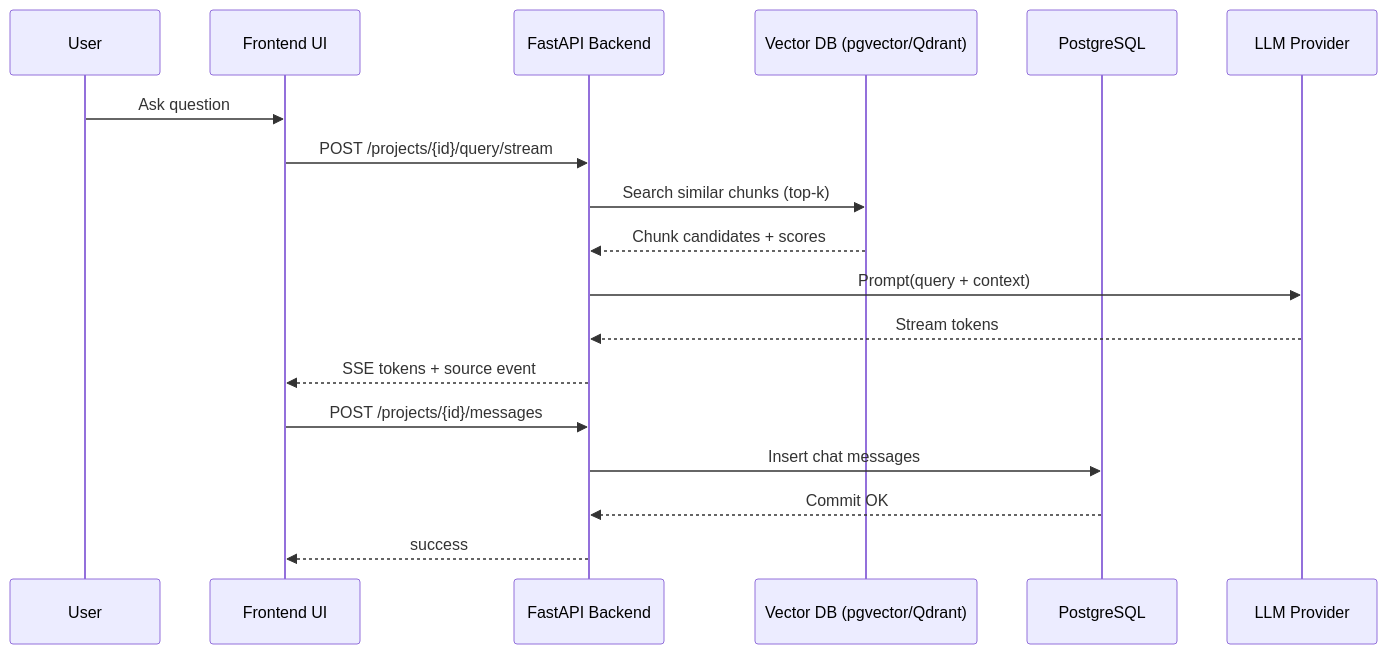
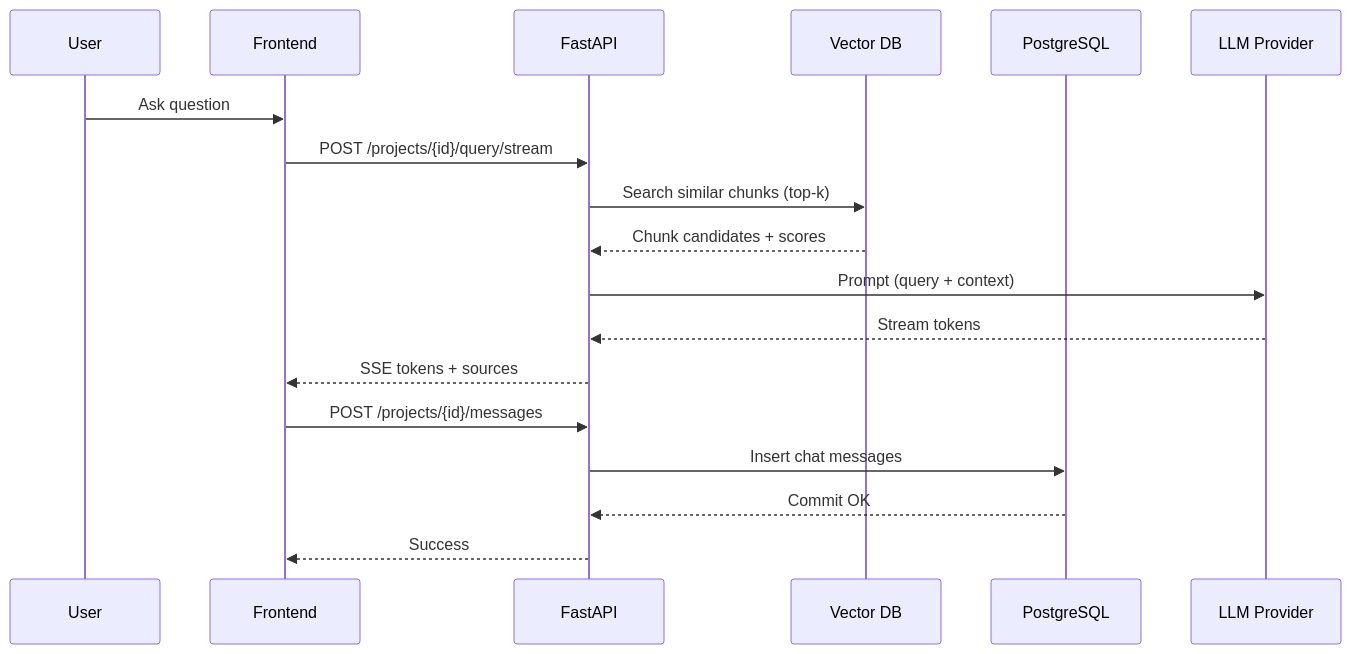
Before and after one commit to SaeedNeamtallah/product-analyst-voice-to-req: the second of 3 diagrams in README.md, drawn with Mermaid. The commit also changed other lines of this file and 32 other files, not shown here.

Commit message:
Fix auth persistence, add schema compatibility, and refresh env template

````diff
--- a/README.md
+++ b/README.md
@@ -109,21 +188,21 @@
 ```mermaid
 sequenceDiagram
     participant U as User
-    participant UI as Frontend UI
-    participant API as FastAPI Backend
-    participant VDB as Vector DB (pgvector/Qdrant)
+    participant UI as Frontend
+    participant API as FastAPI
+    participant VDB as Vector DB
     participant DB as PostgreSQL
     participant LLM as LLM Provider
 
     U->>UI: Ask question
     UI->>API: POST /projects/{id}/query/stream
     API->>VDB: Search similar chunks (top-k)
     VDB-->>API: Chunk candidates + scores
-    API->>LLM: Prompt(query + context)
+    API->>LLM: Prompt (query + context)
     LLM-->>API: Stream tokens
-    API-->>UI: SSE tokens + source event
+    API-->>UI: SSE tokens + sources
     UI->>API: POST /projects/{id}/messages
     API->>DB: Insert chat messages
     DB-->>API: Commit OK
-    API-->>UI: success
+    API-->>UI: Success
 ```
````
